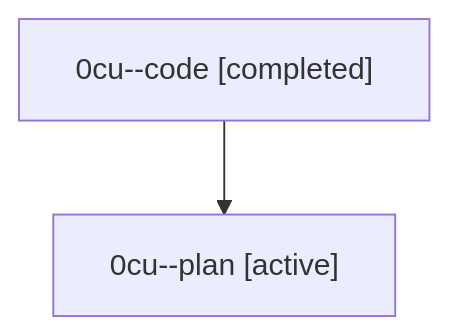
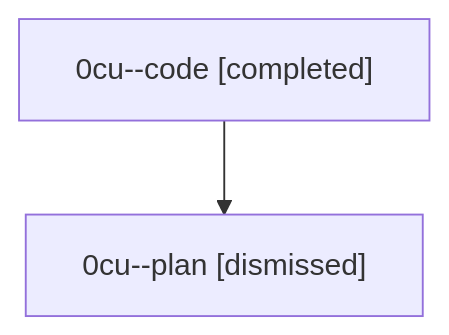
One commit to sase-org/sase--agents changed the diagram in sessions/bbugyi200.athena.0cu.md. Above: the diagram before and after it, drawn with Mermaid. The commit also changed other lines of this file and 24 other files, not shown here.

````diff
--- a/sessions/bbugyi200.athena.0cu.md
+++ b/sessions/bbugyi200.athena.0cu.md
@@ -9,6 +9,6 @@
 ```mermaid
 flowchart TD
   n0["0cu--code [completed]"]
-  n1["0cu--plan [active]"]
+  n1["0cu--plan [dismissed]"]
   n0 --> n1
 ```
````
